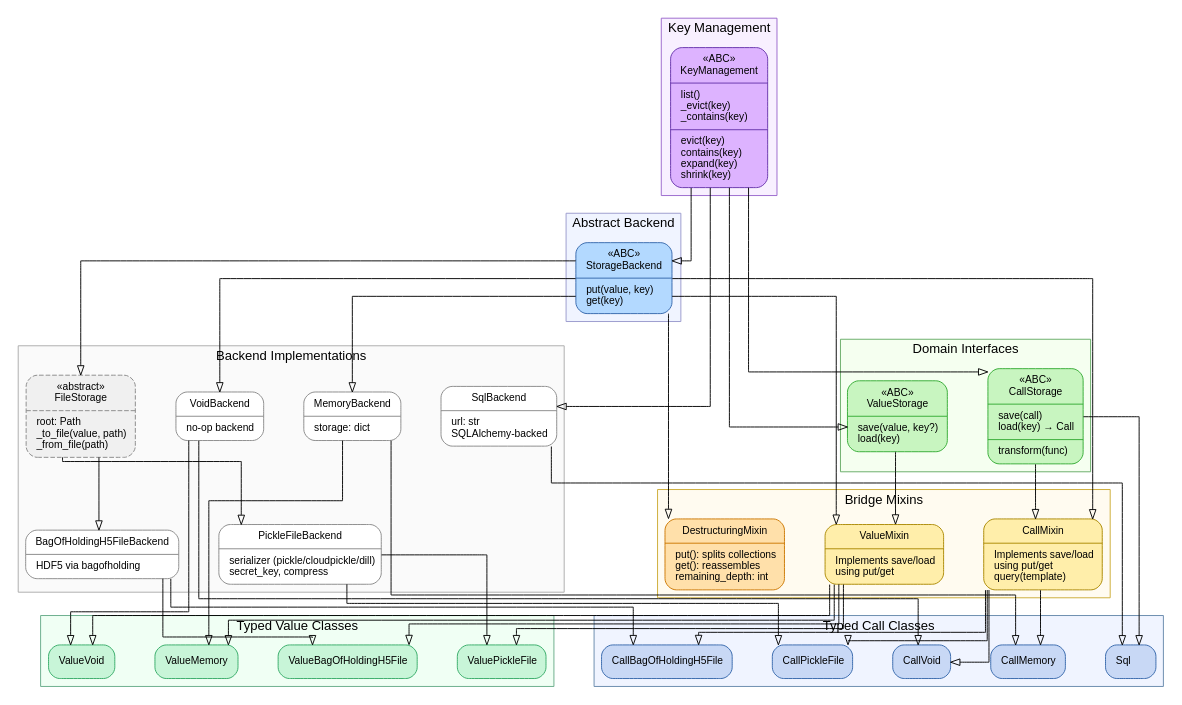
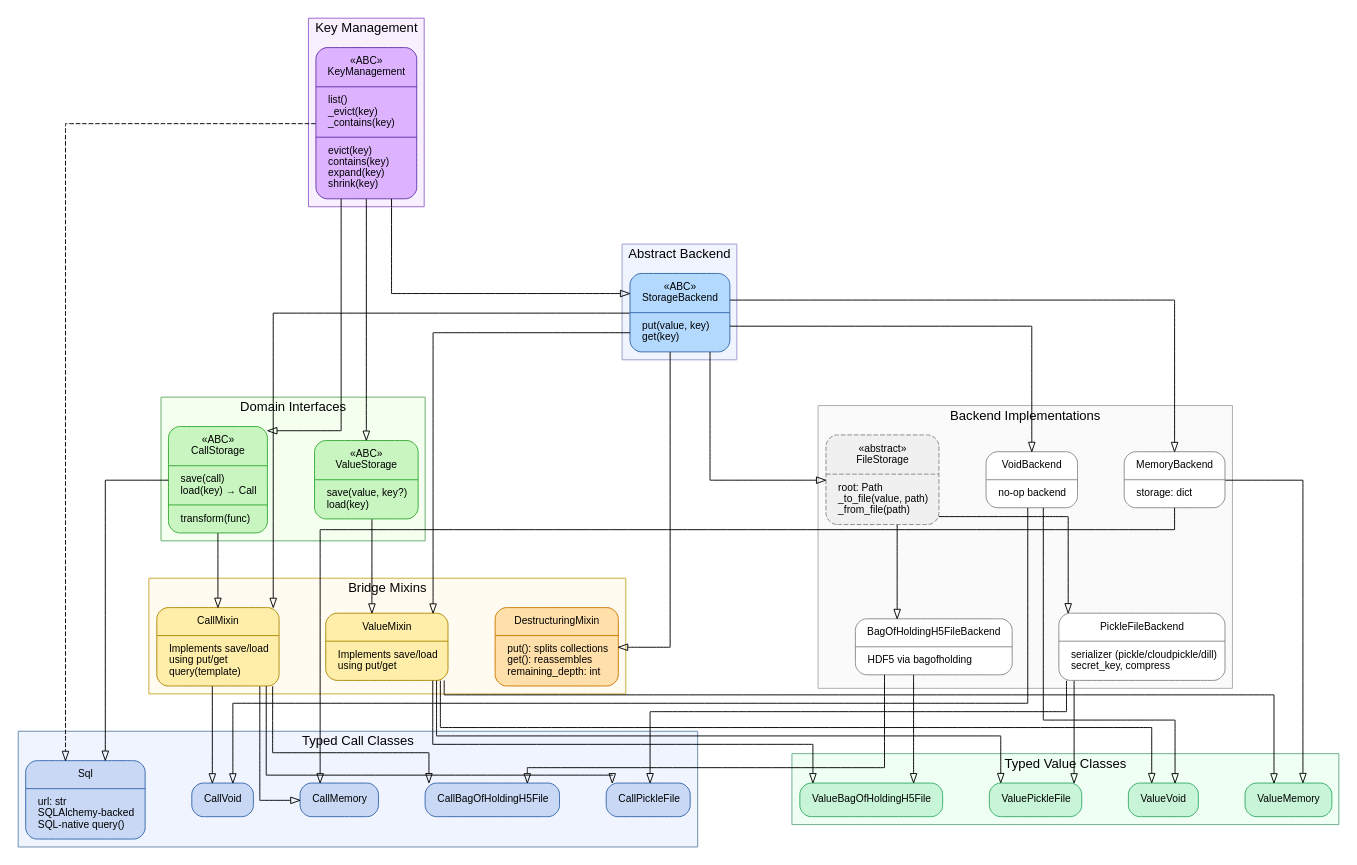
Before and after one commit to pmrv/fleche: the diagram in devnotes/storage-hierarchy.dot, drawn with Graphviz. The commit also changed 2 other files, not shown here.

Commit message:
docs: update storage hierarchy for Sql(CallStorage, KeyManagement); add launch.json
- Remove SqlBackend from Sql's inheritance chain in diagram and prose
- Sql now shows direct parents: CallStorage + KeyManagement (dashed edge)
- Remove SqlBackend node and edges from storage-hierarchy.dot/.md
- Consolidate dot source: remove duplicated block from markdown, keep only .dot file
- Improve visual separation (nodesep 0.6→0.7, ranksep 0.8→1.1, larger margins)
- Regenerate storage-hierarchy.svg

```diff
--- a/devnotes/storage-hierarchy.dot
+++ b/devnotes/storage-hierarchy.dot
@@ -2,8 +2,8 @@
     graph [
         rankdir=TB
         splines=ortho
-        nodesep=0.6
-        ranksep=0.8
+        nodesep=0.7
+        ranksep=1.1
         fontname="Helvetica,Arial,sans-serif"
         bgcolor="white"
     ]
@@ -12,7 +12,7 @@
         fontname="Helvetica,Arial,sans-serif"
         fontsize=11
         style="filled,rounded"
-        margin="0.15,0.10"
+        margin="0.18,0.12"
     ]
     edge [
         fontname="Helvetica,Arial,sans-serif"
@@ -130,12 +130,6 @@
             fillcolor="white"
             color="#888888"
         ]
-
-        SqlBackend [
-            label="{SqlBackend|url: str\lSQLAlchemy-backed\l}"
-            fillcolor="white"
-            color="#888888"
-        ]
     }
 
     /* ── Typed value classes ───────────────────────────────── */
@@ -162,14 +156,18 @@
         CallVoid                [label="{CallVoid\l}",                 fillcolor="#C8D8F5", color="#3366AA"]
         CallPickleFile          [label="{CallPickleFile\l}",           fillcolor="#C8D8F5", color="#3366AA"]
         CallBagOfHoldingH5File  [label="{CallBagOfHoldingH5File\l}",  fillcolor="#C8D8F5", color="#3366AA"]
-        Sql                     [label="{Sql\l}",                      fillcolor="#C8D8F5", color="#3366AA"]
+
+        Sql [
+            label="{Sql|url: str\lSQLAlchemy-backed\lSQL-native query()\l}"
+            fillcolor="#C8D8F5"
+            color="#3366AA"
+        ]
     }
 
     /* ── Inheritance: key management root ─────────────────── */
     KeyManagement -> StorageBackend [arrowhead=onormal, style=solid]
     KeyManagement -> ValueStorage   [arrowhead=onormal, style=solid]
     KeyManagement -> CallStorage    [arrowhead=onormal, style=solid]
-    KeyManagement -> SqlBackend     [arrowhead=onormal, style=solid]
 
     /* ── Inheritance: mixins ───────────────────────────────── */
     ValueStorage -> ValueMixin      [arrowhead=onormal, style=solid]
@@ -204,6 +202,8 @@
     PickleFileBackend -> CallPickleFile     [arrowhead=onormal, style=solid]
     CallMixin -> CallBagOfHoldingH5File    [arrowhead=onormal, style=solid]
     BagOfHoldingH5FileBackend -> CallBagOfHoldingH5File [arrowhead=onormal, style=solid]
+
+    /* ── Sql inherits CallStorage and KeyManagement directly ─ */
     CallStorage -> Sql                      [arrowhead=onormal, style=solid]
-    SqlBackend -> Sql                       [arrowhead=onormal, style=solid]
+    KeyManagement -> Sql                    [arrowhead=onormal, style=dashed, constraint=false]
 }
```
